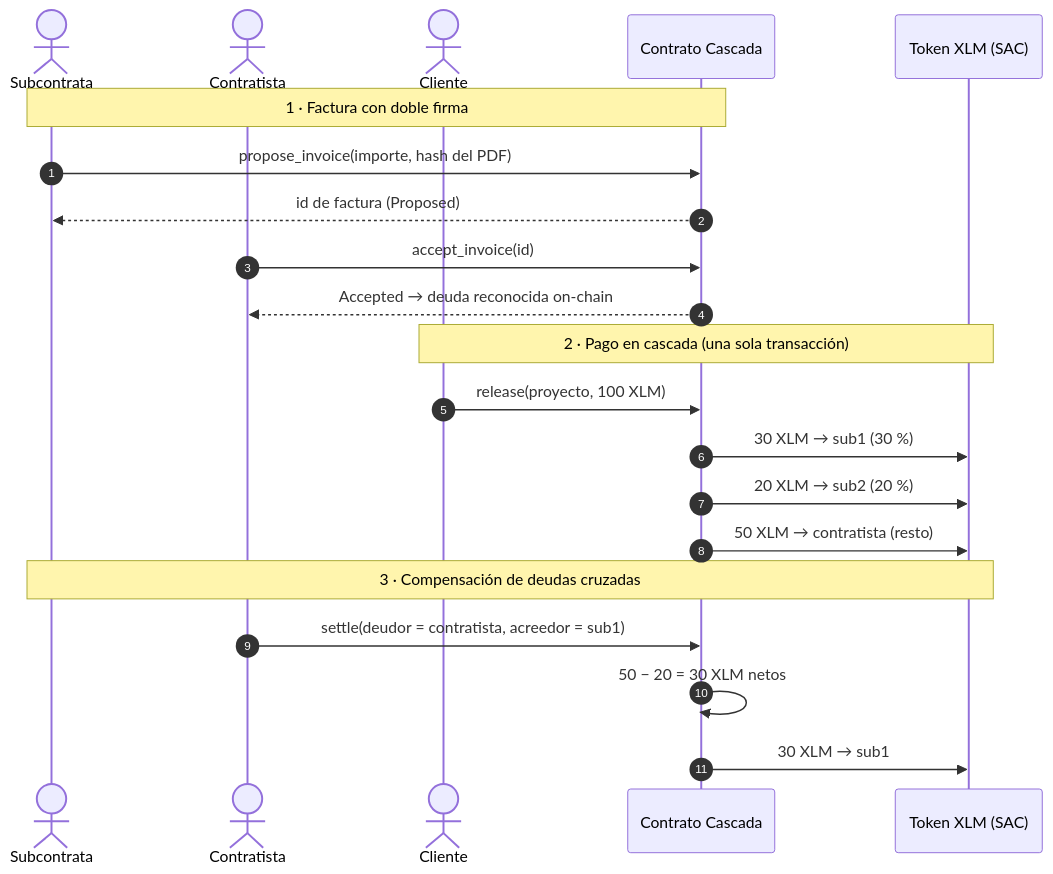
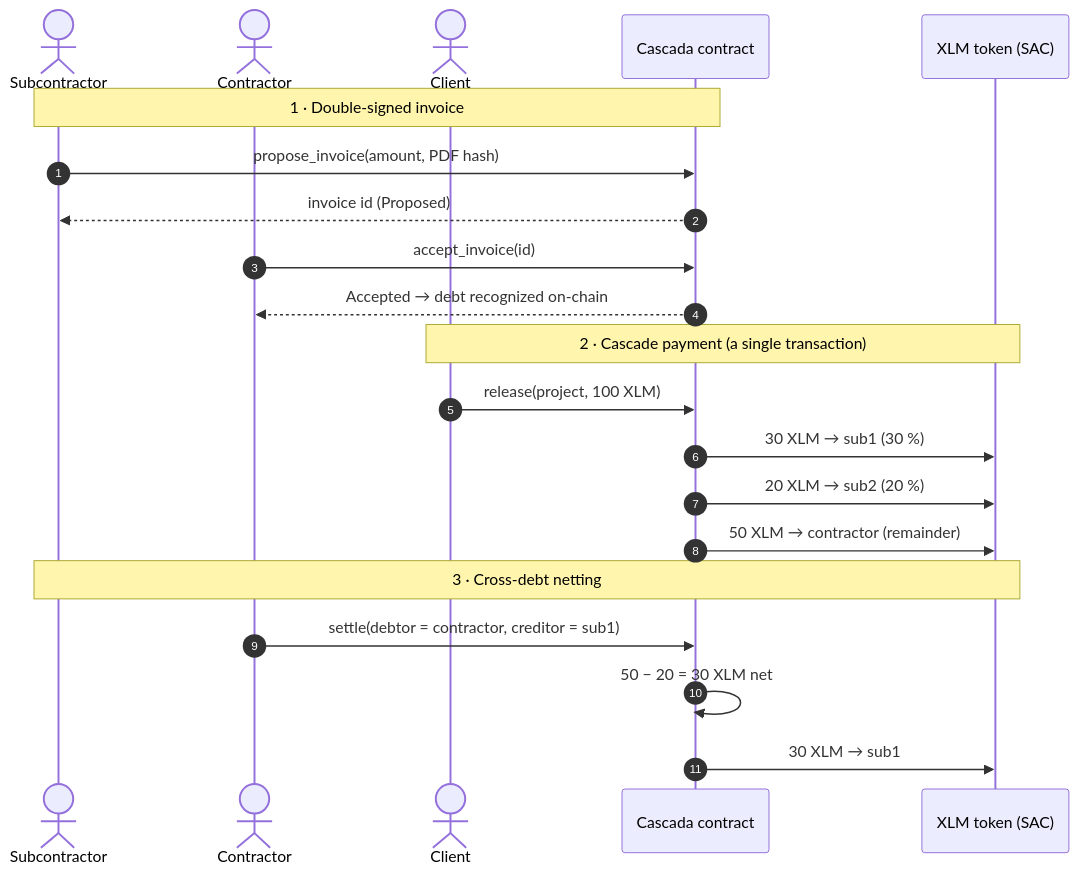
Before and after one commit to beaguzman/pelamandarinas_project: the second of 2 diagrams in docs/ARQUITECTURA.md, drawn with Mermaid. The commit also changed other lines of this file, not shown here.

Commit message:
Docs: architecture in English

````diff
--- a/docs/ARQUITECTURA.md
+++ b/docs/ARQUITECTURA.md
@@ -54,26 +54,26 @@
 ```mermaid
 sequenceDiagram
     autonumber
-    actor S as Subcontrata
-    actor C as Contratista
-    actor CL as Cliente
-    participant K as Contrato Cascada
-    participant T as Token XLM (SAC)
+    actor S as Subcontractor
+    actor C as Contractor
+    actor CL as Client
+    participant K as Cascada contract
+    participant T as XLM token (SAC)
 
-    Note over S,K: 1 · Factura con doble firma
-    S->>K: propose_invoice(importe, hash del PDF)
-    K-->>S: id de factura (Proposed)
+    Note over S,K: 1 · Double-signed invoice
+    S->>K: propose_invoice(amount, PDF hash)
+    K-->>S: invoice id (Proposed)
     C->>K: accept_invoice(id)
-    K-->>C: Accepted → deuda reconocida on-chain
+    K-->>C: Accepted → debt recognized on-chain
 
-    Note over CL,T: 2 · Pago en cascada (una sola transacción)
-    CL->>K: release(proyecto, 100 XLM)
+    Note over CL,T: 2 · Cascade payment (a single transaction)
+    CL->>K: release(project, 100 XLM)
     K->>T: 30 XLM → sub1 (30 %)
     K->>T: 20 XLM → sub2 (20 %)
-    K->>T: 50 XLM → contratista (resto)
+    K->>T: 50 XLM → contractor (remainder)
 
-    Note over S,T: 3 · Compensación de deudas cruzadas
-    C->>K: settle(deudor = contratista, acreedor = sub1)
-    K->>K: 50 − 20 = 30 XLM netos
+    Note over S,T: 3 · Cross-debt netting
+    C->>K: settle(debtor = contractor, creditor = sub1)
+    K->>K: 50 − 20 = 30 XLM net
     K->>T: 30 XLM → sub1
 ```
````
